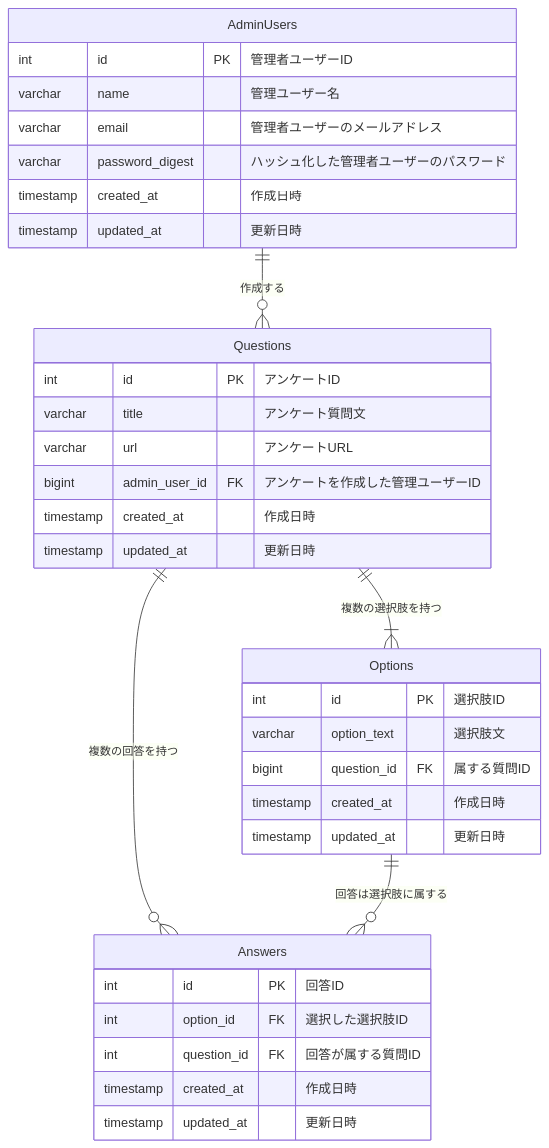
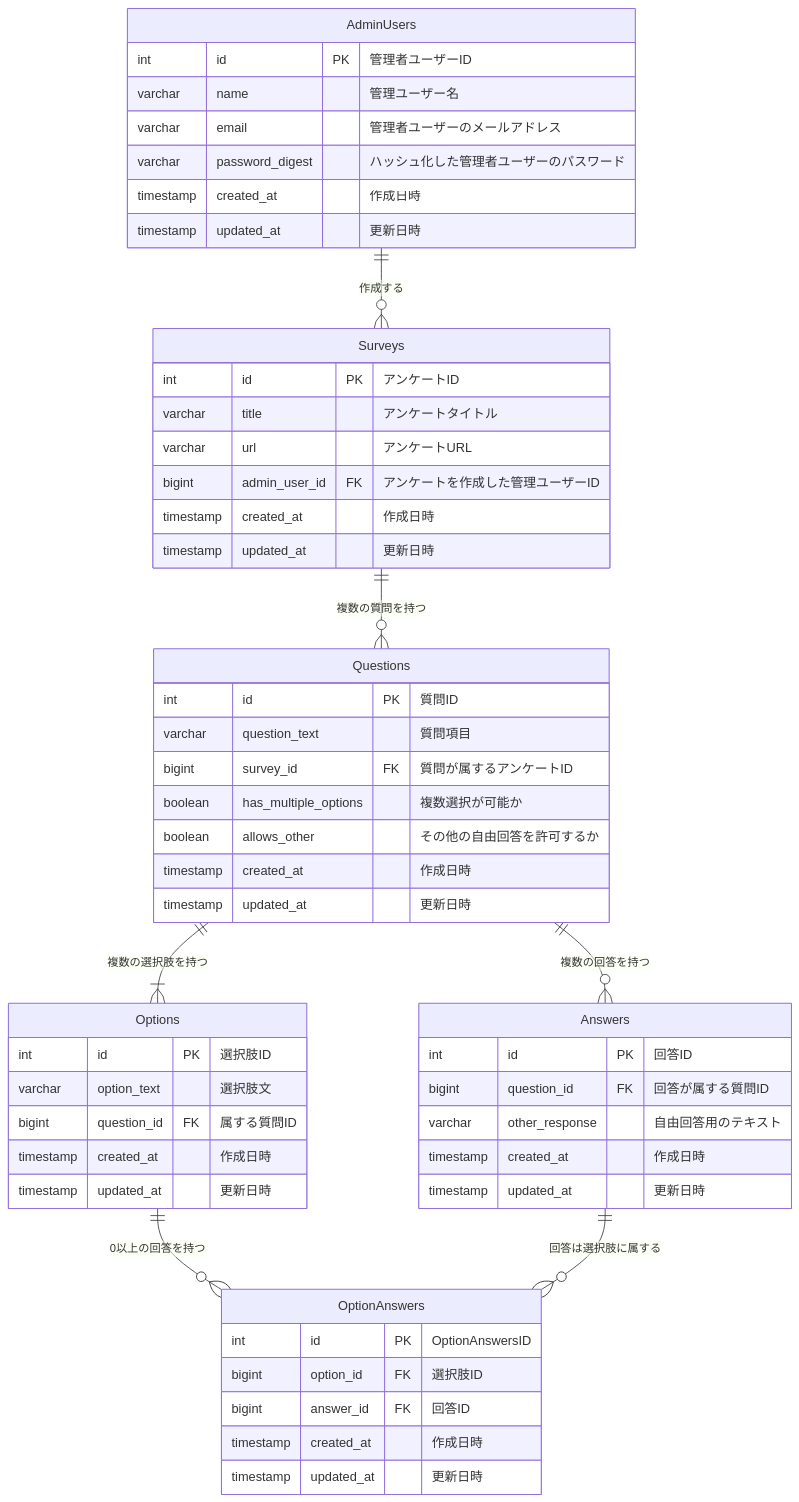
Before and after one commit to yamatowani/questionnaire-system: the diagram in README.md, drawn with Mermaid. The commit also changed other lines of this file, not shown here.

````diff
--- a/README.md
+++ b/README.md
@@ -182,44 +182,64 @@
 ```mermaid
 erDiagram
 
     AdminUsers {
         int id PK "管理者ユーザーID"
         varchar name "管理ユーザー名"
         varchar email "管理者ユーザーのメールアドレス"
         varchar password_digest "ハッシュ化した管理者ユーザーのパスワード"
         timestamp created_at "作成日時"
         timestamp updated_at "更新日時"
     }
 
-    Questions {
+    Surveys {
         int id PK "アンケートID"
-        varchar title "アンケート質問文"
+        varchar title "アンケートタイトル"
         varchar url "アンケートURL"
         bigint admin_user_id FK "アンケートを作成した管理ユーザーID"
+        timestamp created_at "作成日時"
+        timestamp updated_at "更新日時"
+    }
+
+    Questions {
+        int id PK "質問ID"
+        varchar question_text "質問項目"
+        bigint survey_id FK "質問が属するアンケートID"
+        boolean has_multiple_options "複数選択が可能か"
+        boolean allows_other "その他の自由回答を許可するか"
         timestamp created_at "作成日時"
         timestamp updated_at "更新日時"
     }
 
     Options {
         int id PK "選択肢ID"
         varchar option_text "選択肢文"
         bigint question_id FK "属する質問ID"
         timestamp created_at "作成日時"
         timestamp updated_at "更新日時"
     }
 
+    OptionAnswers {
+        int id PK "OptionAnswersID"
+        bigint option_id FK "選択肢ID"
+        bigint answer_id FK "回答ID"
+        timestamp created_at "作成日時"
+        timestamp updated_at "更新日時"
+    }
+
     Answers {
         int id PK "回答ID"
-        int option_id FK "選択した選択肢ID"
-        int question_id FK "回答が属する質問ID"
+        bigint question_id FK "回答が属する質問ID"
+        varchar other_response "自由回答用のテキスト"
         timestamp created_at "作成日時"
         timestamp updated_at "更新日時"
     }
 
     %% リレーションシップ
-    AdminUsers ||--o{ Questions : "作成する"
+    AdminUsers ||--o{ Surveys : "作成する"
+    Surveys ||--o{ Questions : "複数の質問を持つ"
     Questions ||--|{ Options : "複数の選択肢を持つ"
     Questions ||--o{ Answers : "複数の回答を持つ"
-    Options ||--o{ Answers : "回答は選択肢に属する"
+    Options ||--o{ OptionAnswers : "0以上の回答を持つ"
+    Answers ||--o{ OptionAnswers : "回答は選択肢に属する"
 
 ```
````
